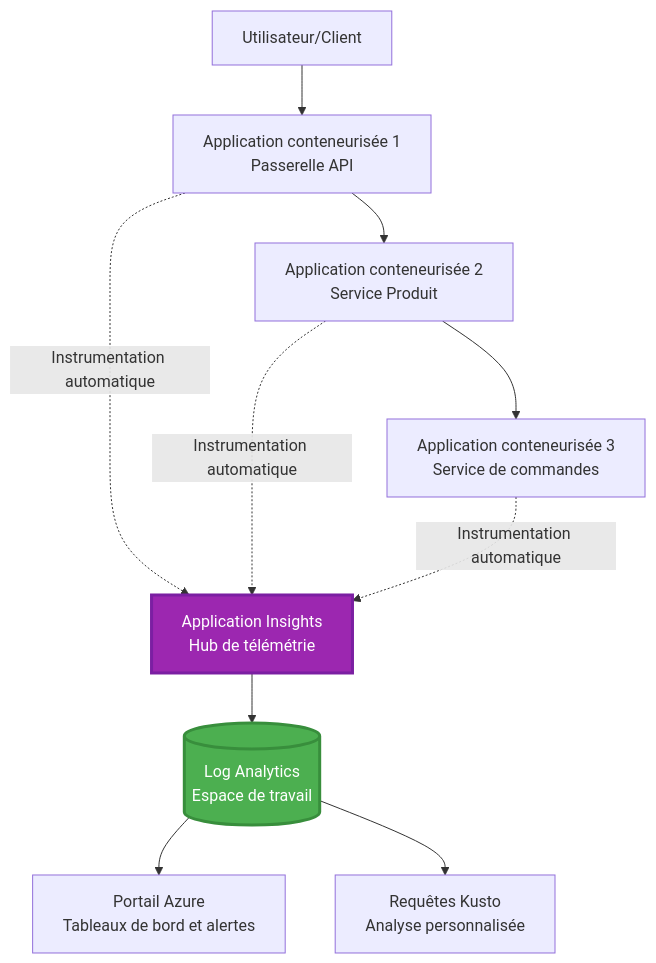
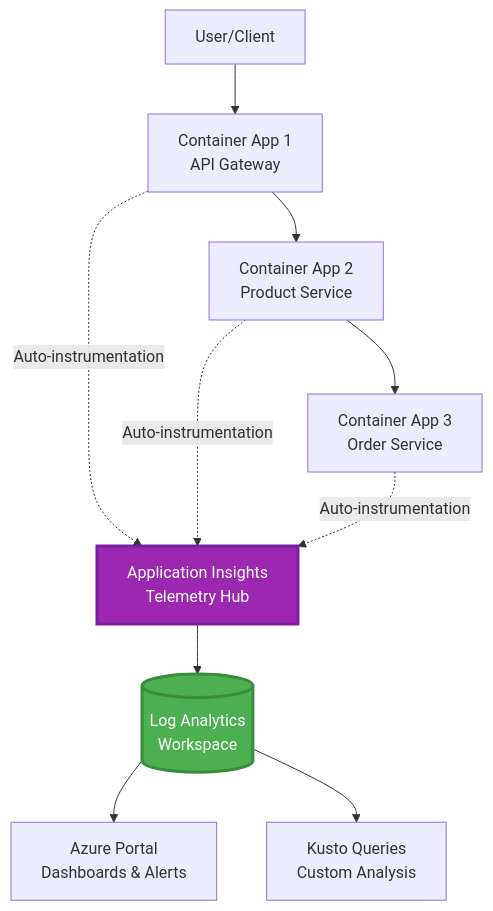
Before and after one commit to microsoft/AZD-for-beginners: the first of 2 diagrams in translations/fr/docs/chapter-06-pre-deployment/application-insights.md, drawn with Mermaid. The commit also changed other lines of this file and 156 other files, not shown here.

````diff
--- a/translations/fr/docs/chapter-06-pre-deployment/application-insights.md
+++ b/translations/fr/docs/chapter-06-pre-deployment/application-insights.md
@@ -58,28 +58,28 @@
 ```mermaid
 graph TB
-    User[Utilisateur/Client]
-    App1[Application conteneurisée 1<br/>Passerelle API]
-    App2[Application conteneurisée 2<br/>Service Produit]
-    App3[Application conteneurisée 3<br/>Service de commandes]
+    User[User/Client]
+    App1[Container App 1<br/>API Gateway]
+    App2[Container App 2<br/>Product Service]
+    App3[Container App 3<br/>Order Service]
     
-    AppInsights[Application Insights<br/>Hub de télémétrie]
-    LogAnalytics[(Log Analytics<br/>Espace de travail)]
+    AppInsights[Application Insights<br/>Telemetry Hub]
+    LogAnalytics[(Log Analytics<br/>Workspace)]
     
-    Portal[Portail Azure<br/>Tableaux de bord et alertes]
-    Query[Requêtes Kusto<br/>Analyse personnalisée]
+    Portal[Azure Portal<br/>Dashboards & Alerts]
+    Query[Kusto Queries<br/>Custom Analysis]
     
     User --> App1
     App1 --> App2
     App2 --> App3
     
-    App1 -.->|Instrumentation automatique| AppInsights
-    App2 -.->|Instrumentation automatique| AppInsights
-    App3 -.->|Instrumentation automatique| AppInsights
+    App1 -.->|Auto-instrumentation| AppInsights
+    App2 -.->|Auto-instrumentation| AppInsights
+    App3 -.->|Auto-instrumentation| AppInsights
     
     AppInsights --> LogAnalytics
     LogAnalytics --> Portal
     LogAnalytics --> Query
     
     style AppInsights fill:#9C27B0,stroke:#7B1FA2,stroke-width:3px,color:#fff
     style LogAnalytics fill:#4CAF50,stroke:#388E3C,stroke-width:3px,color:#fff
 ```
````
